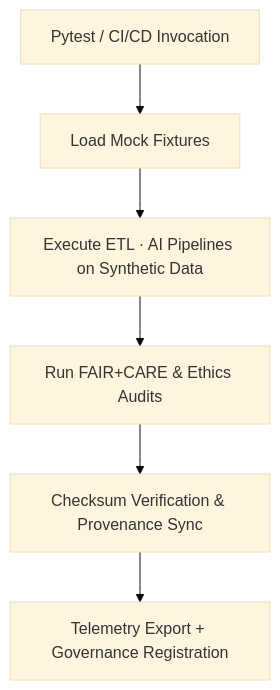
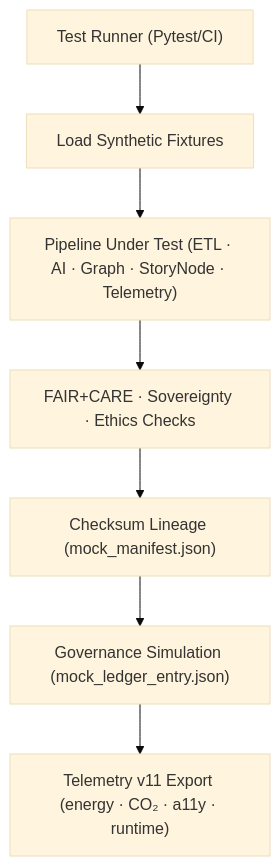
One commit to bartytime4life/Kansas-Frontier-Matrix changed the diagram in tests/fixtures/README.md. Above: the diagram before and after it, drawn with Mermaid (base theme). The commit also changed other lines of this file, not shown here.

````diff
--- a/tests/fixtures/README.md
+++ b/tests/fixtures/README.md
@@ -71,8 +109,9 @@
 ```mermaid
 flowchart TD
-A["Pytest / CI/CD Invocation"] --> B["Load Mock Fixtures"]
-B --> C["Execute ETL · AI Pipelines on Synthetic Data"]
-C --> D["Run FAIR+CARE & Ethics Audits"]
-D --> E["Checksum Verification & Provenance Sync"]
-E --> F["Telemetry Export + Governance Registration"]
+    A["Test Runner (Pytest/CI)"] --> B["Load Synthetic Fixtures"]
+    B --> C["Pipeline Under Test (ETL · AI · Graph · StoryNode · Telemetry)"]
+    C --> D["FAIR+CARE · Sovereignty · Ethics Checks"]
+    D --> E["Checksum Lineage (mock_manifest.json)"]
+    E --> F["Governance Simulation (mock_ledger_entry.json)"]
+    F --> G["Telemetry v11 Export (energy · CO₂ · a11y · runtime)"]
 ```
````
